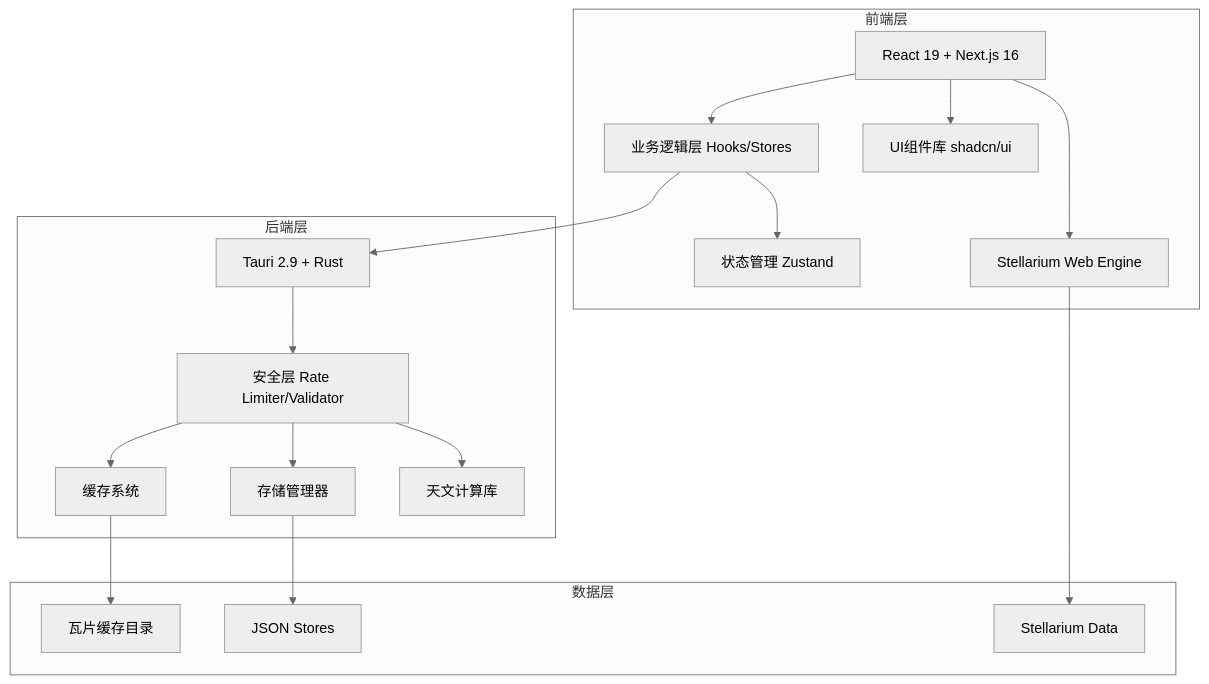
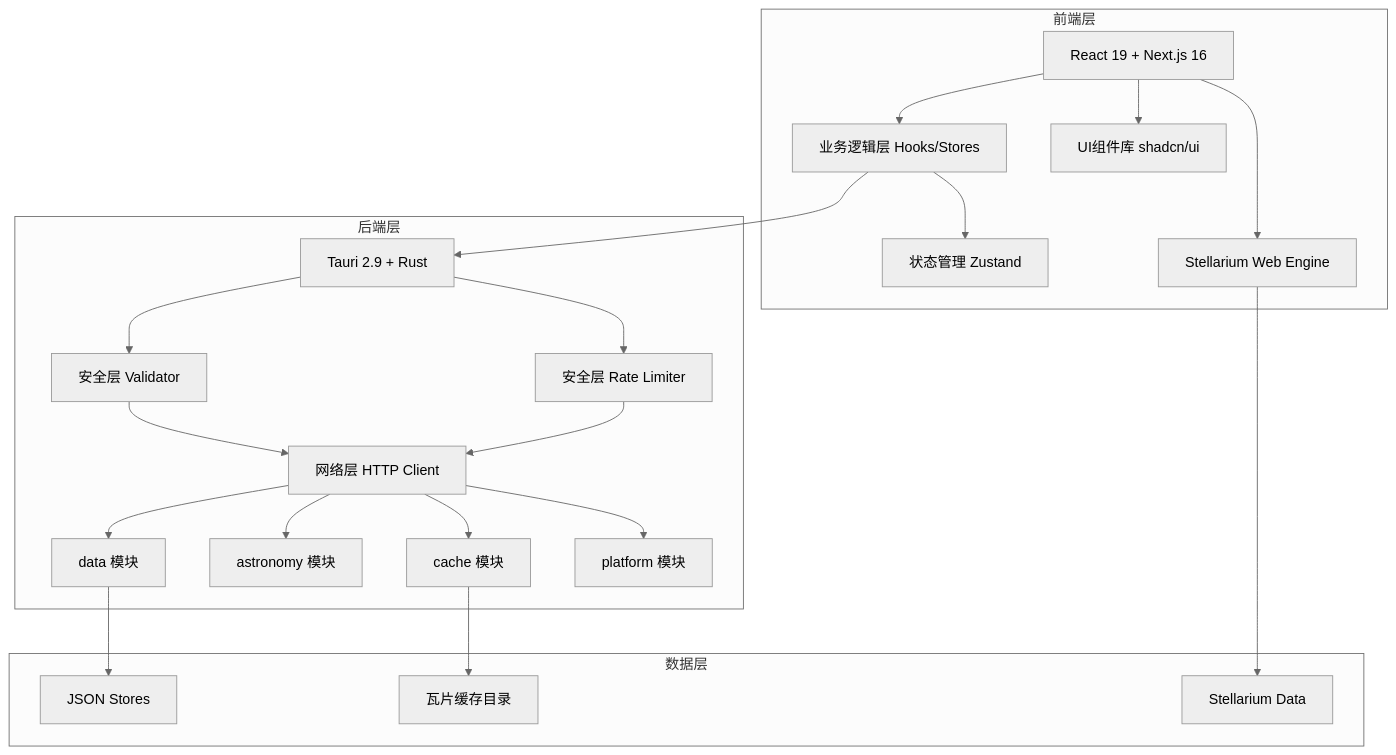
Before and after one commit to AstroAir/skymap-test: the diagram in docs/index.md, drawn with Mermaid (neutral theme). The commit also changed other lines of this file and 148 other files, not shown here.

````diff
--- a/docs/index.md
+++ b/docs/index.md
@@ -78,37 +78,44 @@
 ```mermaid
 graph TB
     subgraph 前端层
         A[React 19 + Next.js 16]
         B[Stellarium Web Engine]
         C[UI组件库 shadcn/ui]
         D[业务逻辑层 Hooks/Stores]
         E[状态管理 Zustand]
     end
 
     subgraph 后端层
         F[Tauri 2.9 + Rust]
-        G[天文计算库]
-        H[存储管理器]
-        I[缓存系统]
-        S[安全层 Rate Limiter/Validator]
+        S1[安全层 Rate Limiter]
+        S2[安全层 Validator]
+        N[网络层 HTTP Client]
+        P1[platform 模块]
+        P2[cache 模块]
+        P3[astronomy 模块]
+        P4[data 模块]
     end
 
     subgraph 数据层
         J[JSON Stores]
         K[瓦片缓存目录]
         L[Stellarium Data]
     end
 
     A --> B
     A --> C
     A --> D
     D --> E
     D --> F
-    F --> S
-    S --> G
-    S --> H
-    S --> I
-    H --> J
-    I --> K
+    F --> S1
+    F --> S2
+    S1 --> N
+    S2 --> N
+    N --> P1
+    N --> P2
+    N --> P3
+    N --> P4
+    P4 --> J
+    P2 --> K
     B --> L
 ```
````
